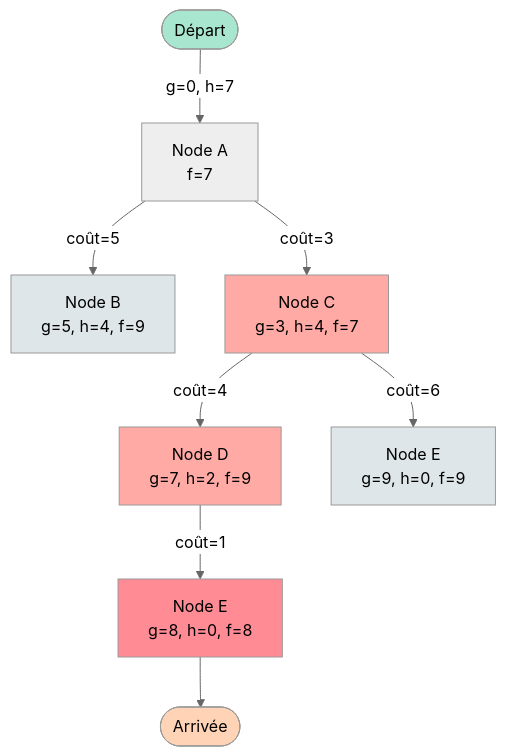
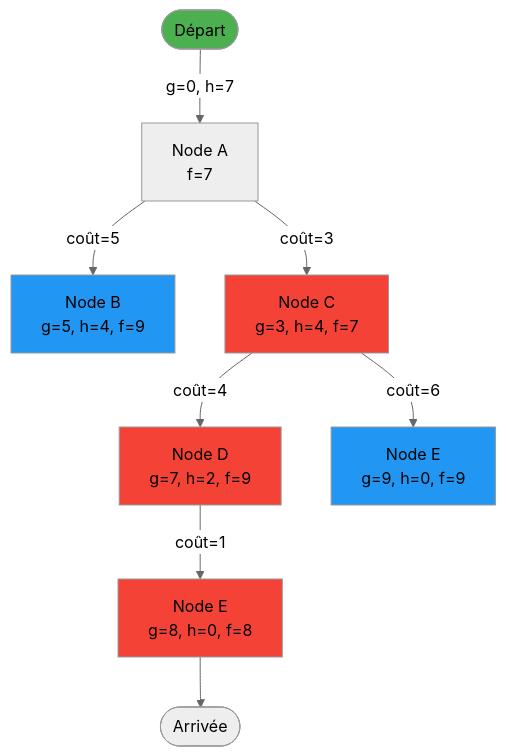
The diagram in docs/ai/pathfinding.md (VBlackJack/ShellBook), drawn with Mermaid (neutral theme) before and after one commit. The commit also changed other lines of this file and 337 other files, not shown here.

First line of the commit message:
refactor(docs): Standardize code blocks and Mermaid colors

````diff
--- a/docs/ai/pathfinding.md
+++ b/docs/ai/pathfinding.md
@@ -384,19 +384,19 @@
 ```mermaid
 graph TB
     Start([Départ]) -->|g=0, h=7| A[Node A<br/>f=7]
     A -->|coût=5| B[Node B<br/>g=5, h=4, f=9]
     A -->|coût=3| C[Node C<br/>g=3, h=4, f=7]
     C -->|coût=4| D[Node D<br/>g=7, h=2, f=9]
     C -->|coût=6| E1[Node E<br/>g=9, h=0, f=9]
     D -->|coût=1| E2[Node E<br/>g=8, h=0, f=8]
     E2 --> Goal([Arrivée])
 
-    style Start fill:#a8e6cf
-    style Goal fill:#ffd3b6
-    style C fill:#ffaaa5
-    style D fill:#ffaaa5
-    style E2 fill:#ff8b94
+    style Start fill:#4CAF50
+    style Goal fill:#FF9800800800
+    style C fill:#f44336
+    style D fill:#f44336
+    style E2 fill:#f44336
 
-    classDef explored fill:#dfe6e9
+    classDef explored fill:#2196F3
     class B,E1 explored
 ```
````
